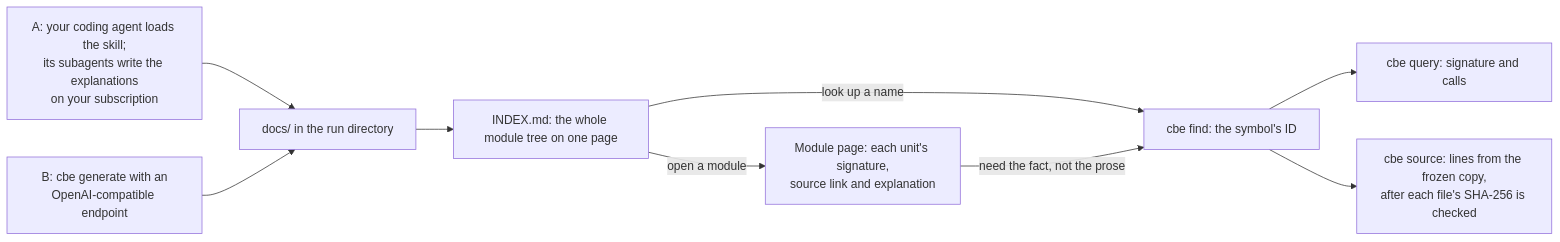
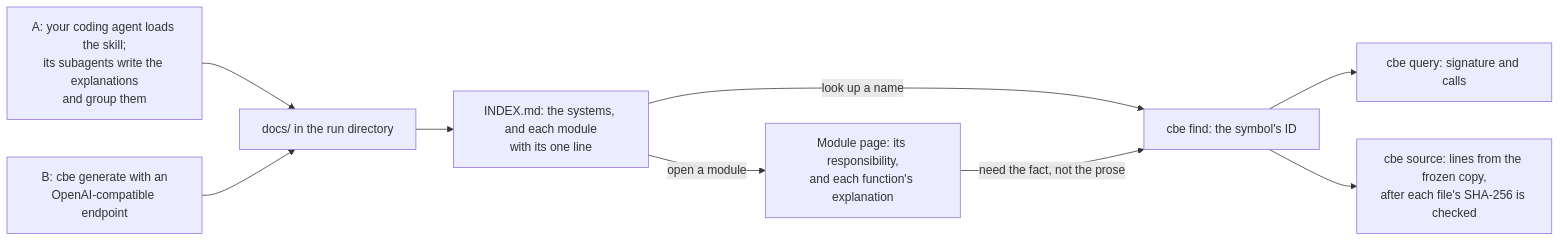
One commit to zlxdengtianhei/codebase-explorer changed the second of 2 diagrams in README.md. Above: the diagram before and after it, drawn with Mermaid. The commit also changed other lines of this file and 7 other files, not shown here.

````diff
--- a/README.md
+++ b/README.md
@@ -121,11 +115,11 @@
 ```mermaid
 flowchart LR
-  A["A: your coding agent loads the skill;<br/>its subagents write the explanations<br/>on your subscription"] --> D["docs/ in the run directory"]
+  A["A: your coding agent loads the skill;<br/>its subagents write the explanations<br/>and group them"] --> D["docs/ in the run directory"]
   B["B: cbe generate with an<br/>OpenAI-compatible endpoint"] --> D
-  D --> I["INDEX.md: the whole module tree on one page"]
-  I -->|"open a module"| M["Module page: each unit's signature,<br/>source link and explanation"]
+  D --> I["INDEX.md: the systems, and each module<br/>with its one line"]
+  I -->|"open a module"| M["Module page: its responsibility,<br/>and each function's explanation"]
   I -->|"look up a name"| N["cbe find: the symbol's ID"]
   M -->|"need the fact, not the prose"| N
   N --> Q["cbe query: signature and calls"]
   N --> S["cbe source: lines from the frozen copy,<br/>after each file's SHA-256 is checked"]
 ```
````
